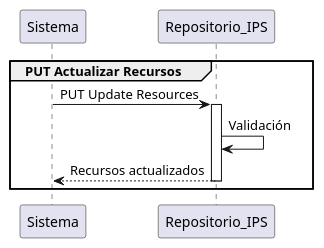
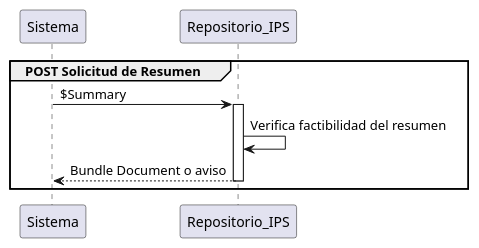
One commit to HL7Chile-BiomedicaUv/IPS-Embarazo changed the diagram in input/images-source/CU1.plantuml. Above: the diagram before and after it, drawn with PlantUML. The commit also changed 3 other files, not shown here.

```diff
--- a/input/images-source/CU1.plantuml
+++ b/input/images-source/CU1.plantuml
@@ -1,11 +1,11 @@
 @startuml
 
-group PUT Actualizar Recursos
-Sistema -> Repositorio_IPS : PUT Update Resources
+group POST Solicitud de Resumen
+Sistema -> Repositorio_IPS : $Summary
 activate Repositorio_IPS
-Repositorio_IPS -> Repositorio_IPS : Validación
-Repositorio_IPS --> Sistema : Recursos actualizados
+Repositorio_IPS -> Repositorio_IPS : Verifica factibilidad del resumen
+Repositorio_IPS --> Sistema : Bundle Document o aviso
 deactivate Repositorio_IPS
 end
 
 @enduml
```
